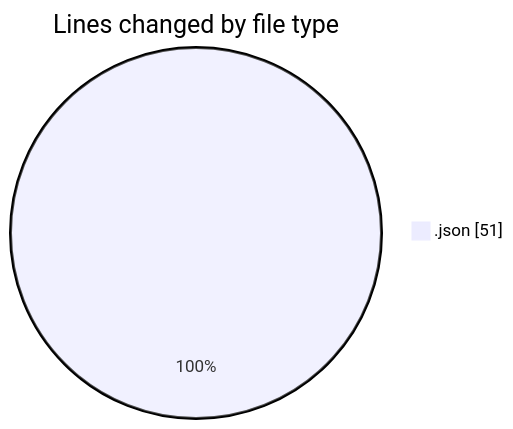
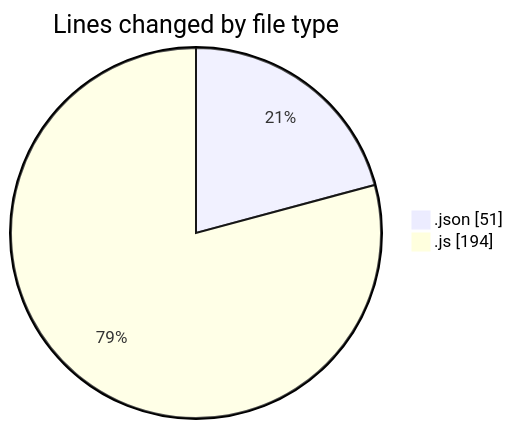
Before and after one commit to momahboobian/code-tracking: the first of 2 diagrams in 2025-10-08/cda/README.md, drawn with Mermaid. The commit also changed other lines of this file and 1 other file, not shown here.

````diff
--- a/2025-10-08/cda/README.md
+++ b/2025-10-08/cda/README.md
@@ -20,5 +21,6 @@
 ```mermaid
 pie showData
 title Lines changed by file type
 ".json" : 51
+".js" : 194
 ```
````
